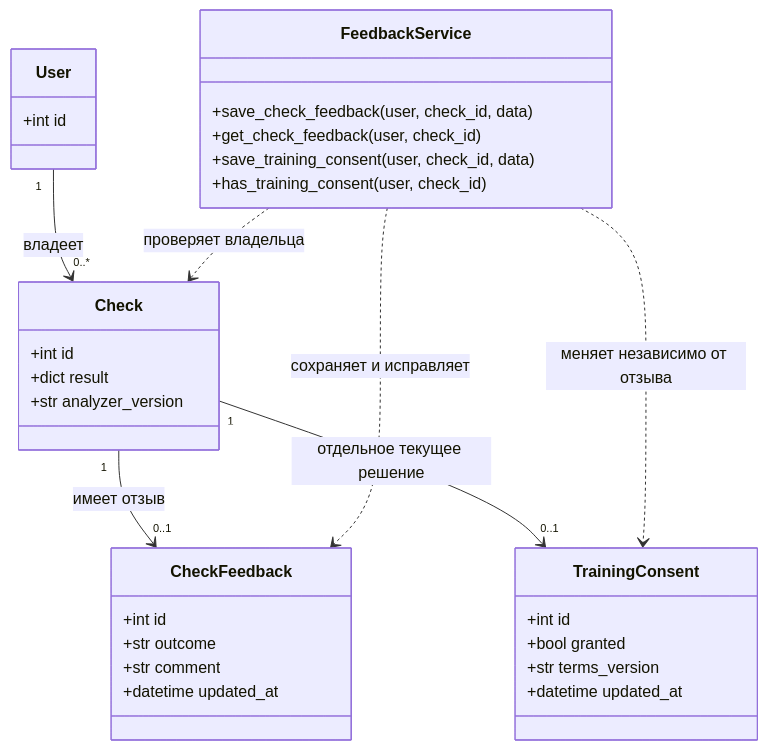
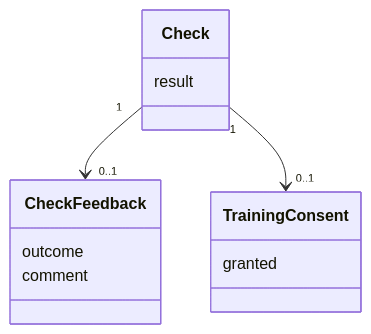
Before and after one commit to dzprht/alphago1v: diagram 14 of 14 in kharchenko_diagrams.md, drawn with Mermaid. The commit also changed other lines of this file and 82 other files, not shown here.

````diff
--- a/kharchenko_diagrams.md
+++ b/kharchenko_diagrams.md
@@ -332,35 +140,15 @@
 ```mermaid
 classDiagram
-    class User {
-        +int id
-    }
     class Check {
-        +int id
-        +dict result
-        +str analyzer_version
+        result
     }
     class CheckFeedback {
-        +int id
-        +str outcome
-        +str comment
-        +datetime updated_at
+        outcome
+        comment
     }
     class TrainingConsent {
-        +int id
-        +bool granted
-        +str terms_version
-        +datetime updated_at
+        granted
     }
-    class FeedbackService {
-        +save_check_feedback(user, check_id, data)
-        +get_check_feedback(user, check_id)
-        +save_training_consent(user, check_id, data)
-        +has_training_consent(user, check_id)
-    }
-    User "1" --> "0..*" Check : владеет
-    Check "1" --> "0..1" CheckFeedback : имеет отзыв
-    Check "1" --> "0..1" TrainingConsent : отдельное текущее решение
-    FeedbackService ..> Check : проверяет владельца
-    FeedbackService ..> CheckFeedback : сохраняет и исправляет
-    FeedbackService ..> TrainingConsent : меняет независимо от отзыва
+    Check "1" --> "0..1" CheckFeedback
+    Check "1" --> "0..1" TrainingConsent
 ```
````
